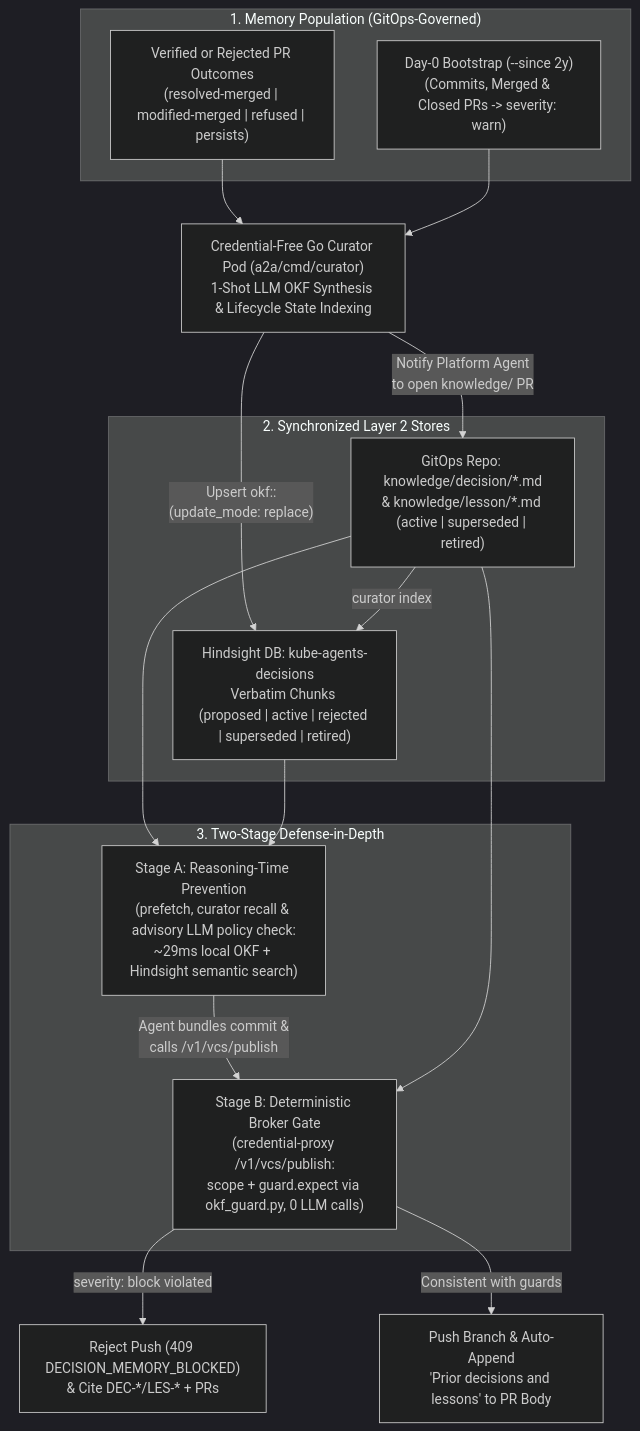
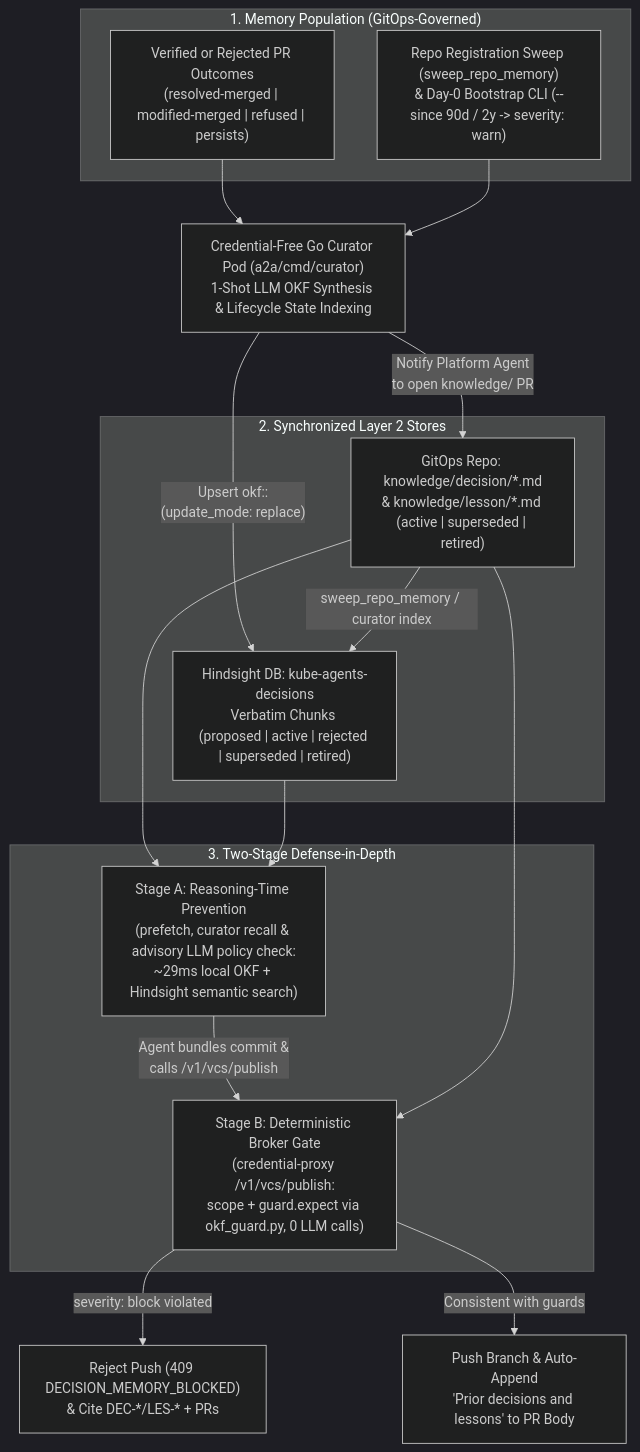
Before and after one commit to gke-labs/kube-agents: the third of 5 diagrams in docs/designs/memory.md, drawn with Mermaid (dark theme). The commit also changed other lines of this file and 19 other files, not shown here.

First line of the commit message:
feat(memory): index attached repositories and backfill history

````diff
--- a/docs/designs/memory.md
+++ b/docs/designs/memory.md
@@ -453,27 +453,27 @@
 ```mermaid
 flowchart TB
   subgraph Populate["1. Memory Population (GitOps-Governed)"]
     O["Verified or Rejected PR Outcomes\n(resolved-merged | modified-merged | refused | persists)"]
-    H["Day-0 Bootstrap (--since 2y)\n(Commits, Merged & Closed PRs -> severity: warn)"]
+    H["Repo Registration Sweep (sweep_repo_memory)\n& Day-0 Bootstrap CLI (--since 90d / 2y -> severity: warn)"]
   end
   Cur["Credential-Free Go Curator Pod (a2a/cmd/curator)\n1-Shot LLM OKF Synthesis & Lifecycle State Indexing"]
   subgraph Stores["2. Synchronized Layer 2 Stores"]
     Git["GitOps Repo: knowledge/decision/*.md\n& knowledge/lesson/*.md (active | superseded | retired)"]
     HD["Hindsight DB: kube-agents-decisions\nVerbatim Chunks (proposed | active | rejected | superseded | retired)"]
   end
   subgraph Defense["3. Two-Stage Defense-in-Depth"]
     S1["Stage A: Reasoning-Time Prevention\n(prefetch, curator recall & advisory LLM policy check:\n~29ms local OKF + Hindsight semantic search)"]
     S2["Stage B: Deterministic Broker Gate\n(credential-proxy /v1/vcs/publish:\nscope + guard.expect via okf_guard.py, 0 LLM calls)"]
   end
   O --> Cur
   H --> Cur
   Cur -->|"Notify Platform Agent\nto open knowledge/ PR"| Git
   Cur -->|"Upsert okf:<repo>:<id>\n(update_mode: replace)"| HD
-  Git -->|curator index| HD
+  Git -->|"sweep_repo_memory / curator index"| HD
   Git --> S1
   HD --> S1
   S1 -->|"Agent bundles commit &\ncalls /v1/vcs/publish"| S2
   Git --> S2
   S2 -->|"severity: block violated"| Blk["Reject Push (409 DECISION_MEMORY_BLOCKED)\n& Cite DEC-*/LES-* + PRs"]
   S2 -->|"Consistent with guards"| Pass["Push Branch & Auto-Append\n'Prior decisions and lessons' to PR Body"]
 ```
````
